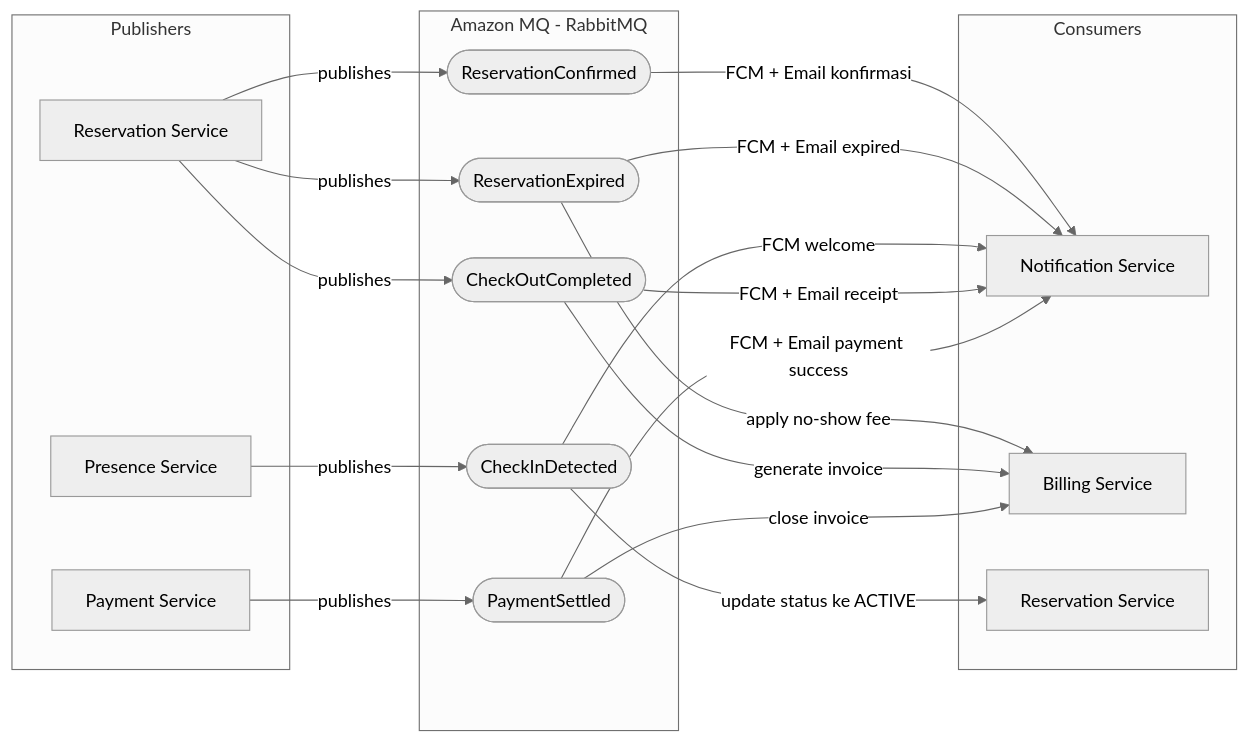
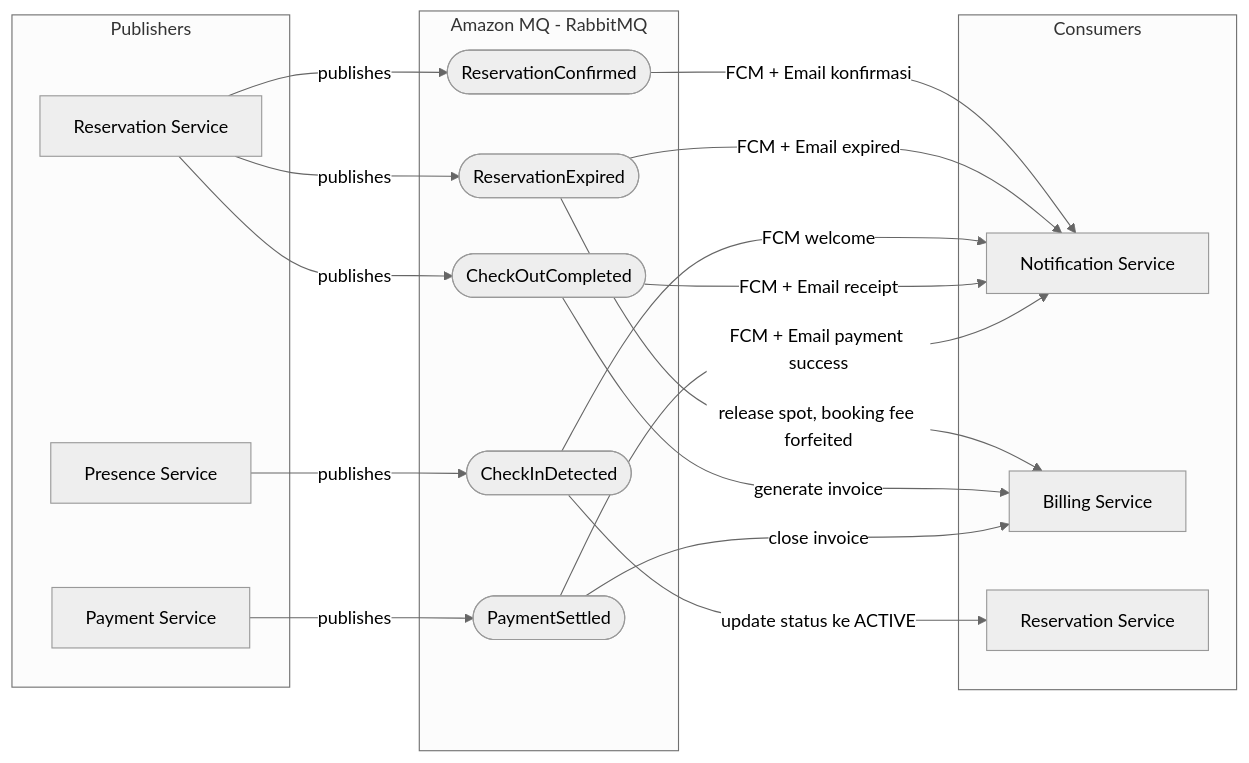
Before and after one commit to edysupardi/parkirpintar: the third of 7 diagrams in README.md, drawn with Mermaid (neutral theme). The commit also changed other lines of this file and 2 other files, not shown here.

````diff
--- a/README.md
+++ b/README.md
@@ -156,38 +156,38 @@
 ```mermaid
 flowchart LR
     subgraph PUB[Publishers]
         RS[Reservation Service]
         PS[Presence Service]
         PAY[Payment Service]
     end
 
     subgraph MQ[Amazon MQ - RabbitMQ]
         E1([ReservationConfirmed])
         E2([ReservationExpired])
         E3([CheckInDetected])
         E4([CheckOutCompleted])
         E5([PaymentSettled])
     end
 
     subgraph CON[Consumers]
         NOTIF[Notification Service]
         BS[Billing Service]
         RS2[Reservation Service]
     end
 
     RS -->|publishes| E1
     RS -->|publishes| E2
     RS -->|publishes| E4
     PS -->|publishes| E3
     PAY -->|publishes| E5
 
     E1 -->|FCM + Email konfirmasi| NOTIF
     E2 -->|FCM + Email expired| NOTIF
-    E2 -->|apply no-show fee| BS
+    E2 -->|release spot, booking fee forfeited| BS
     E3 -->|update status ke ACTIVE| RS2
     E3 -->|FCM welcome| NOTIF
     E4 -->|generate invoice| BS
     E4 -->|FCM + Email receipt| NOTIF
     E5 -->|close invoice| BS
     E5 -->|FCM + Email payment success| NOTIF
 ```
````
